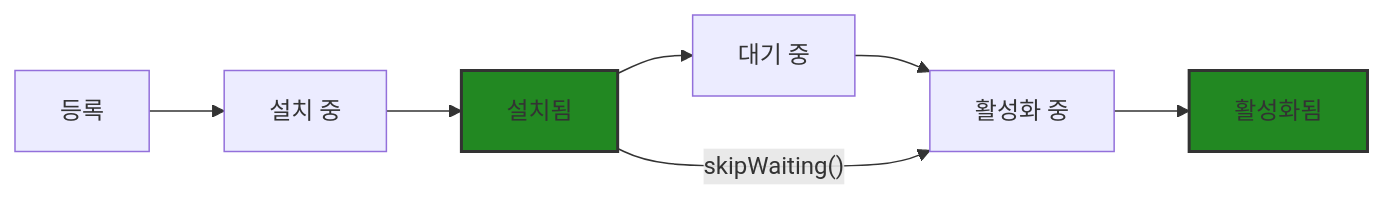
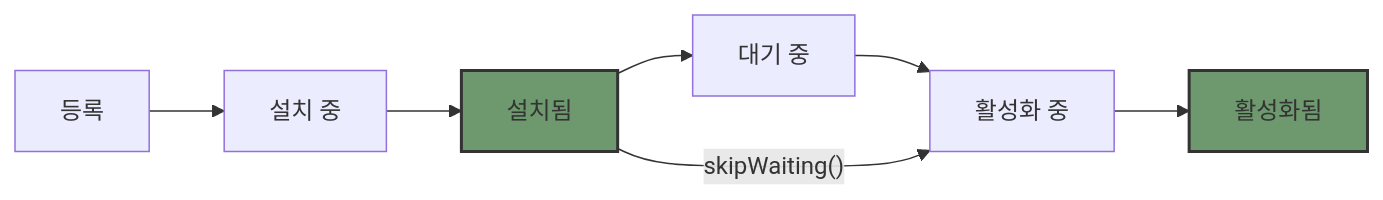
The third of 3 diagrams in chapters/02-1_registration_installation.md (KalGookSoo/service-worker-basic), drawn with Mermaid before and after one commit. The commit also changed other lines of this file and 3 other files, not shown here.

First line of the commit message:
docs: 다이어그램 스타일 색상 업데이트

````diff
--- a/chapters/02-1_registration_installation.md
+++ b/chapters/02-1_registration_installation.md
@@ -187,11 +187,11 @@
 ```mermaid
 graph LR
     A[등록] --> B[설치 중]
     B --> C[설치됨]
     C --> D[대기 중]
     D --> E[활성화 중]
     E --> F[활성화됨]
     C -->|"skipWaiting()"| E
-    style C fill:#282,stroke:#333,stroke-width:2px
-    style F fill:#282,stroke:#333,stroke-width:2px
+    style C fill:#6e996e,stroke:#333,stroke-width:2px
+    style F fill:#6e996e,stroke:#333,stroke-width:2px
 ```
````
